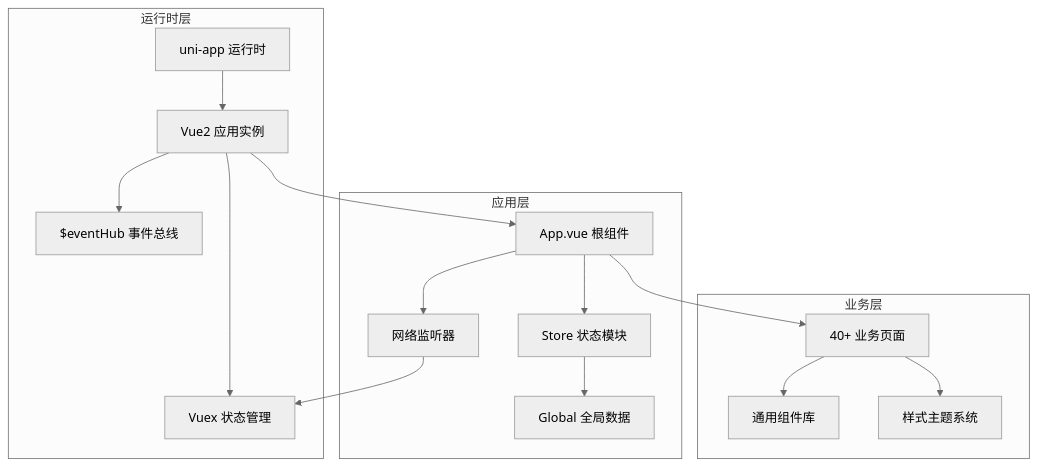
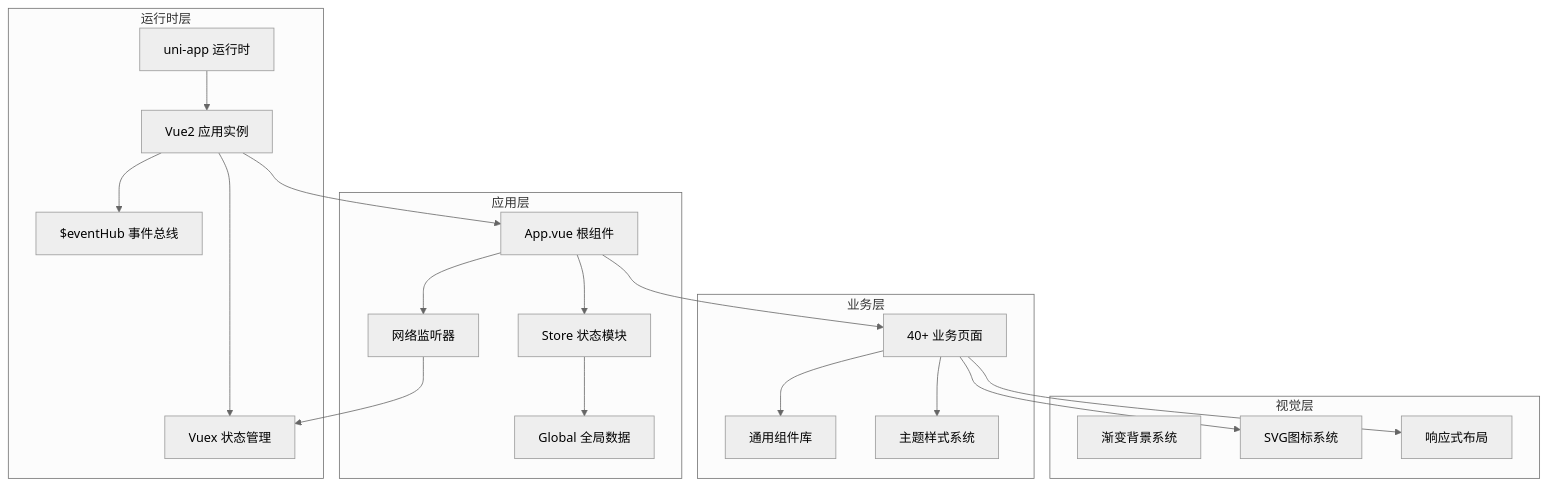
One commit to QtImM/wechatMiniprogram_Store changed the second of 10 diagrams in .qoder/repowiki/zh/content/前端架构设计/小程序整体架构.md. Above: the diagram before and after it, drawn with Mermaid (neutral theme). The commit also changed other lines of this file and 41 other files, not shown here.

````diff
--- a/.qoder/repowiki/zh/content/前端架构设计/小程序整体架构.md
+++ b/.qoder/repowiki/zh/content/前端架构设计/小程序整体架构.md
@@ -78,31 +91,38 @@
 ```mermaid
 graph TB
 subgraph "运行时层"
 U["uni-app 运行时"]
 V["Vue2 应用实例"]
 W["Vuex 状态管理"]
 E["$eventHub 事件总线"]
 end
 subgraph "应用层"
 A["App.vue 根组件"]
 B["Store 状态模块"]
 C["Global 全局数据"]
 D["网络监听器"]
 end
+subgraph "视觉层"
+G["渐变背景系统"]
+S["SVG图标系统"]
+R["响应式布局"]
+end
 subgraph "业务层"
 P["40+ 业务页面"]
 M["通用组件库"]
-S["样式主题系统"]
+T["主题样式系统"]
 end
 U --> V
 V --> W
 V --> E
 V --> A
 A --> B
 B --> C
 A --> D
 D --> W
 A --> P
 P --> M
 P --> S
+P --> R
+P --> T
 ```
````
